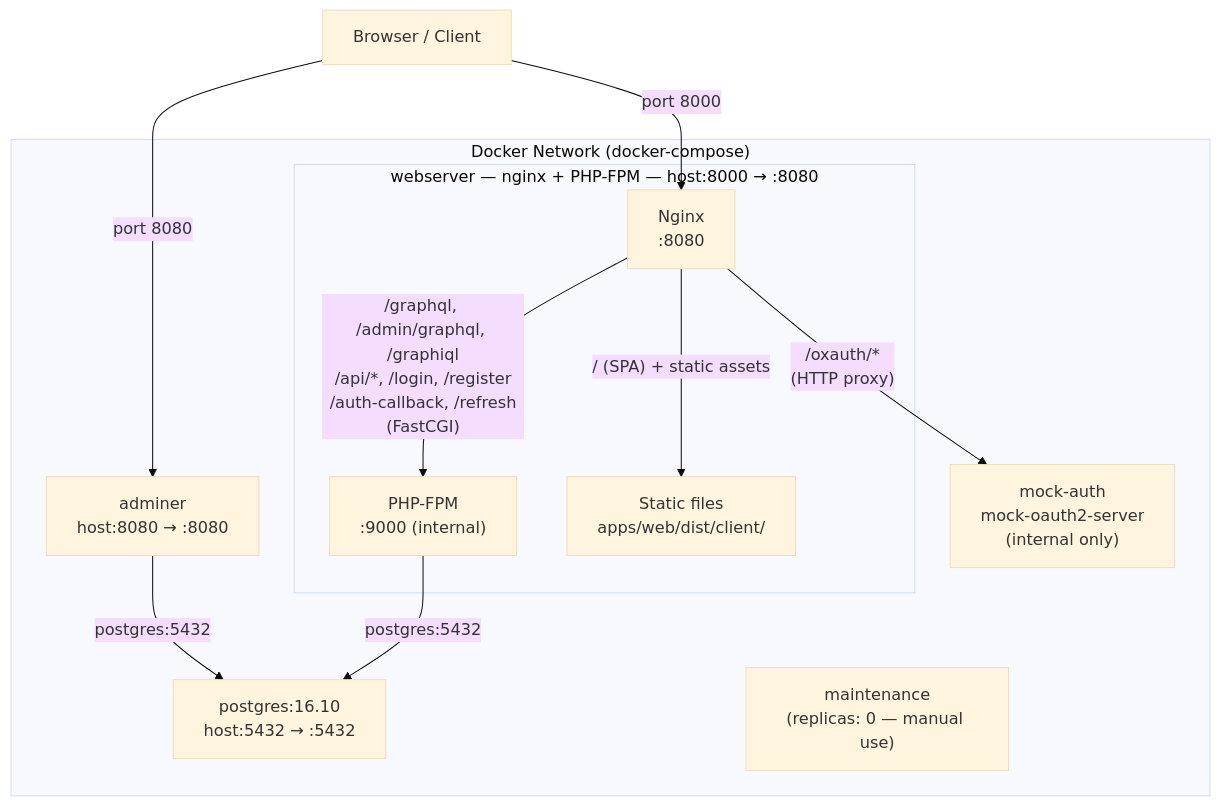
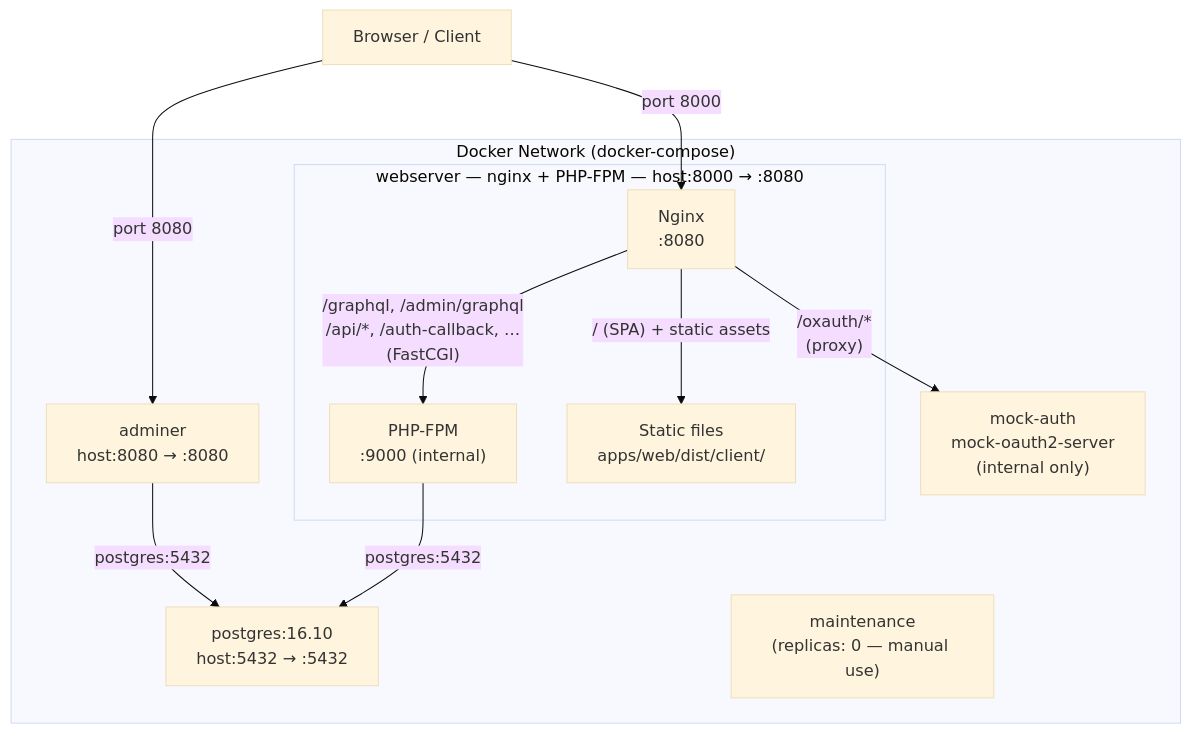
One commit to GCTC-NTGC/gc-digital-talent changed the first of 2 diagrams in documentation/docker.md. Above: the diagram before and after it, drawn with Mermaid (base theme). The commit also changed other lines of this file, not shown here.

First line of the commit message:
Rewrite docker.md: remove broken diagram, add Azure deployment diagram

````diff
--- a/documentation/docker.md
+++ b/documentation/docker.md
@@ -43,24 +33,24 @@
 ```mermaid
 graph TB
     browser["Browser / Client"]
 
     subgraph docker["Docker Network (docker-compose)"]
         subgraph webserver["webserver — nginx + PHP-FPM — host:8000 → :8080"]
             nginx["Nginx\n:8080"]
             phpfpm["PHP-FPM\n:9000 (internal)"]
             staticfiles["Static files\napps/web/dist/client/"]
         end
         postgres["postgres:16.10\nhost:5432 → :5432"]
         adminer["adminer\nhost:8080 → :8080"]
         mockauth["mock-auth\nmock-oauth2-server\n(internal only)"]
         maintenance["maintenance\n(replicas: 0 — manual use)"]
     end
 
     browser -- "port 8000" --> nginx
     browser -- "port 8080" --> adminer
     adminer -- "postgres:5432" --> postgres
-    nginx -- "/oxauth/*\n(HTTP proxy)" --> mockauth
-    nginx -- "/graphql, /admin/graphql, /graphiql\n/api/*, /login, /register\n/auth-callback, /refresh\n(FastCGI)" --> phpfpm
+    nginx -- "/oxauth/*\n(proxy)" --> mockauth
+    nginx -- "/graphql, /admin/graphql\n/api/*, /auth-callback, …\n(FastCGI)" --> phpfpm
     nginx -- "/ (SPA) + static assets" --> staticfiles
     phpfpm -- "postgres:5432" --> postgres
 ```
````
